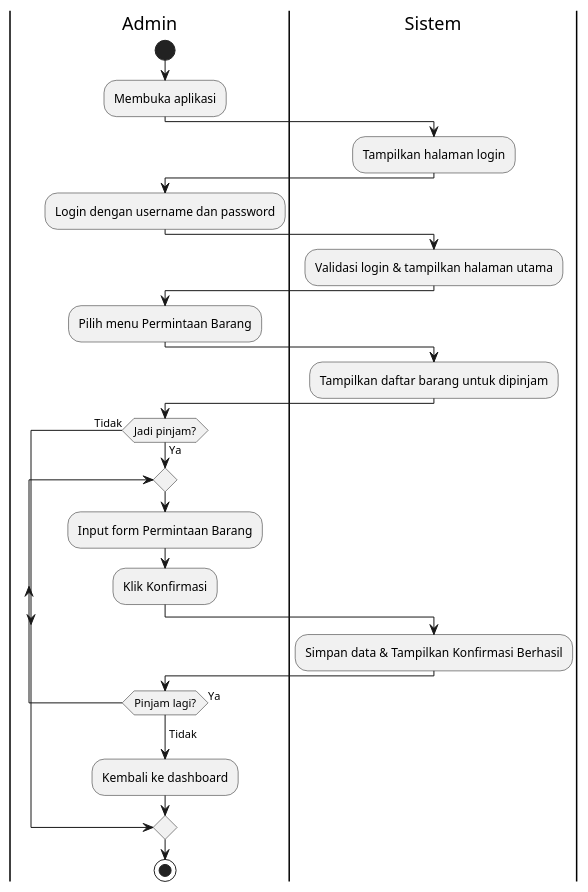
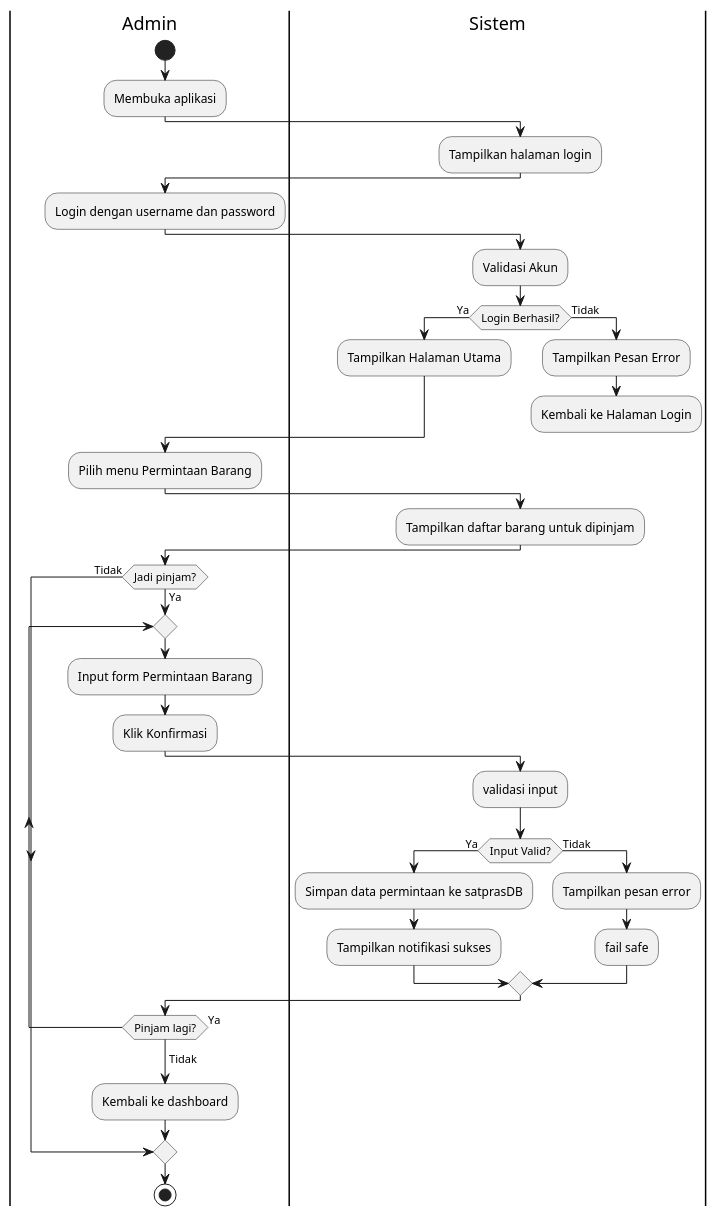
The diagram in Activity Diagram/activityPermintaanBarang.puml (Fannandya/diagramPABD), drawn with PlantUML before and after one commit.

Commit message:
update permintaan barang

```diff
--- a/Activity Diagram/activityPermintaanBarang.puml
+++ b/Activity Diagram/activityPermintaanBarang.puml
@@ -1,33 +1,48 @@
 @startuml activityPeminjamanBarang
 |Admin|
 start
 :Membuka aplikasi;
 |Sistem|
 :Tampilkan halaman login;
 |Admin|
 :Login dengan username dan password;
 |Sistem|
-:Validasi login & tampilkan halaman utama;
+:Validasi Akun;
+if (Login Berhasil?) then (Ya)
+  :Tampilkan Halaman Utama;
+else (Tidak)
+  :Tampilkan Pesan Error;
+  :Kembali ke Halaman Login;
+  detach
+endif
 |Admin|
 :Pilih menu Permintaan Barang;
 |Sistem|
 :Tampilkan daftar barang untuk dipinjam;
 
 |Admin|
 if (Jadi pinjam?) then (Ya)
   repeat
     |Admin|
     :Input form Permintaan Barang;
     :Klik Konfirmasi;
     |Sistem|
-    :Simpan data & Tampilkan Konfirmasi Berhasil;
+    :validasi input;
+    if (Input Valid?) then (Ya)
+      :Simpan data permintaan ke satprasDB;
+      :Tampilkan notifikasi sukses;
+    else (Tidak)
+      :Tampilkan pesan error;
+      :fail safe;
+    endif
+
 
     |Admin|
   repeat while (Pinjam lagi?) is (Ya)
   ->Tidak;
   :Kembali ke dashboard;
 else (Tidak)
 endif
 
 stop
 @enduml
```
